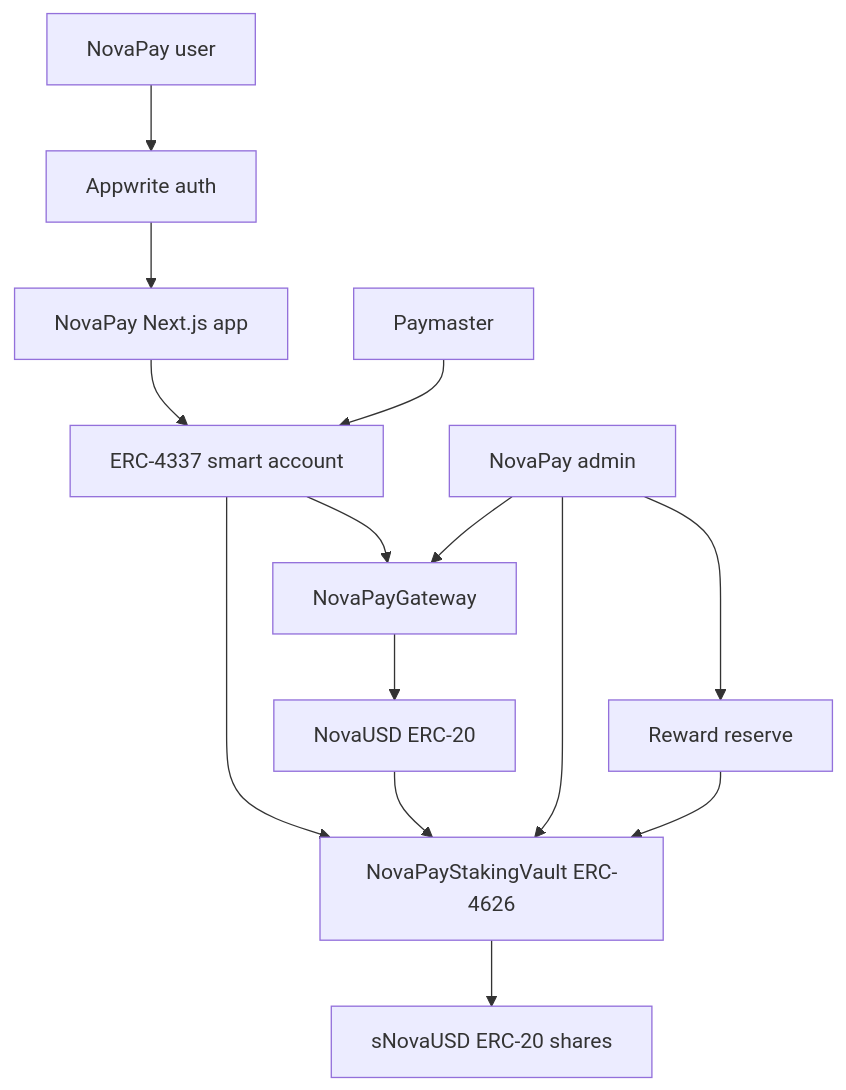
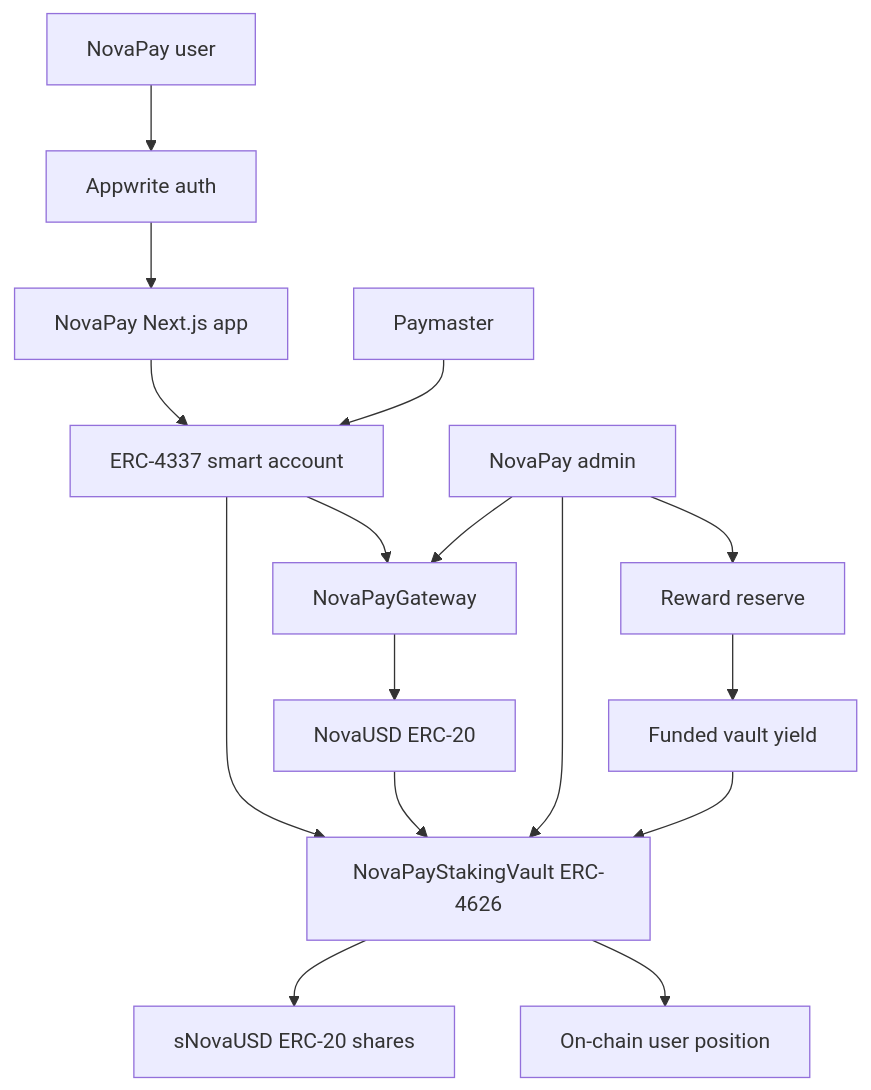
The first of 2 diagrams in docs/staking-architecture.md (elisamarina/NovaPay-Bank-Web-Application), drawn with Mermaid before and after one commit. The commit also changed other lines of this file and 31 other files, not shown here.

````diff
--- a/docs/staking-architecture.md
+++ b/docs/staking-architecture.md
@@ -28,16 +28,18 @@
 ```mermaid
 flowchart TB
   User["NovaPay user"] --> Appwrite["Appwrite auth"]
   Appwrite --> NovaPay["NovaPay Next.js app"]
   NovaPay --> SmartAccount["ERC-4337 smart account"]
   SmartAccount --> Gateway["NovaPayGateway"]
   Gateway --> Asset["NovaUSD ERC-20"]
   SmartAccount --> Vault["NovaPayStakingVault ERC-4626"]
   Asset --> Vault
   Vault --> Shares["sNovaUSD ERC-20 shares"]
+  Vault --> Position["On-chain user position"]
   Admin["NovaPay admin"] --> Gateway
   Admin --> Vault
   Admin --> RewardReserve["Reward reserve"]
-  RewardReserve --> Vault
+  RewardReserve --> VaultYield["Funded vault yield"]
+  VaultYield --> Vault
   Paymaster["Paymaster"] --> SmartAccount
 ```
````
